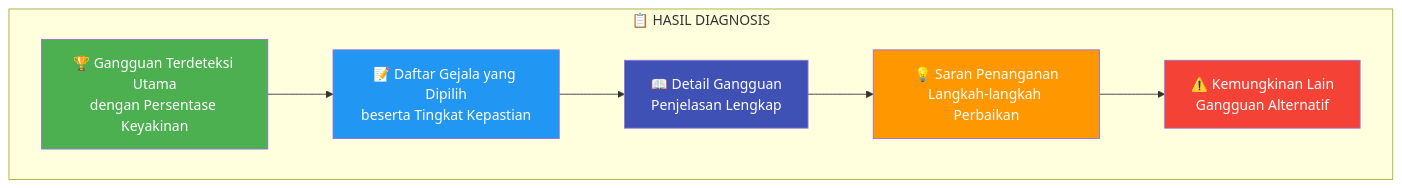
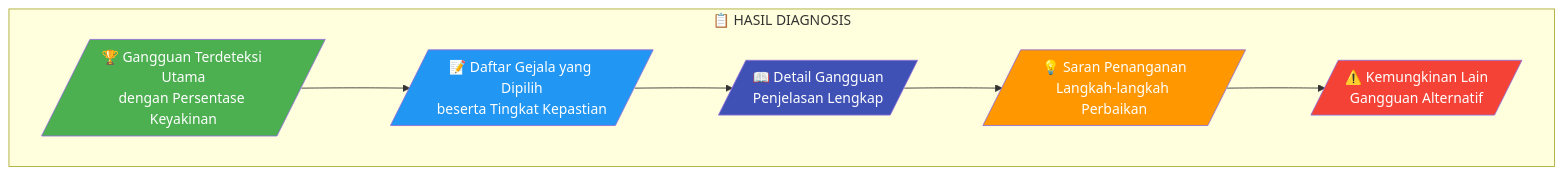
The eighth of 11 diagrams in docs/USER_MANUAL.md (GalangPutraMaulana19/DigNet-BUG), drawn with Mermaid before and after one commit. The commit also changed other lines of this file, not shown here.

Commit message:
Fix flowchart symbols to use standard shapes (parallelogram for I/O, stadium for terminator, etc.)

````diff
--- a/docs/USER_MANUAL.md
+++ b/docs/USER_MANUAL.md
@@ -340,21 +364,21 @@
 ```mermaid
 flowchart TD
     subgraph Output["📋 HASIL DIAGNOSIS"]
-        Header["🏆 Gangguan Terdeteksi Utama<br/>dengan Persentase Keyakinan"]
-        Symptoms["📝 Daftar Gejala yang Dipilih<br/>beserta Tingkat Kepastian"]
-        Detail["📖 Detail Gangguan<br/>Penjelasan Lengkap"]
-        Suggestion["💡 Saran Penanganan<br/>Langkah-langkah Perbaikan"]
-        Other["⚠️ Kemungkinan Lain<br/>Gangguan Alternatif"]
+        Header[/"🏆 Gangguan Terdeteksi Utama<br/>dengan Persentase Keyakinan"/]
+        Symptoms[/"📝 Daftar Gejala yang Dipilih<br/>beserta Tingkat Kepastian"/]
+        Detail[/"📖 Detail Gangguan<br/>Penjelasan Lengkap"/]
+        Suggestion[/"💡 Saran Penanganan<br/>Langkah-langkah Perbaikan"/]
+        Other[/"⚠️ Kemungkinan Lain<br/>Gangguan Alternatif"/]
     end
     
     Header --> Symptoms
     Symptoms --> Detail
     Detail --> Suggestion
     Suggestion --> Other
     
     style Header fill:#4caf50,color:#fff
     style Symptoms fill:#2196f3,color:#fff
     style Detail fill:#3f51b5,color:#fff
     style Suggestion fill:#ff9800,color:#fff
     style Other fill:#f44336,color:#fff
 ```
````
